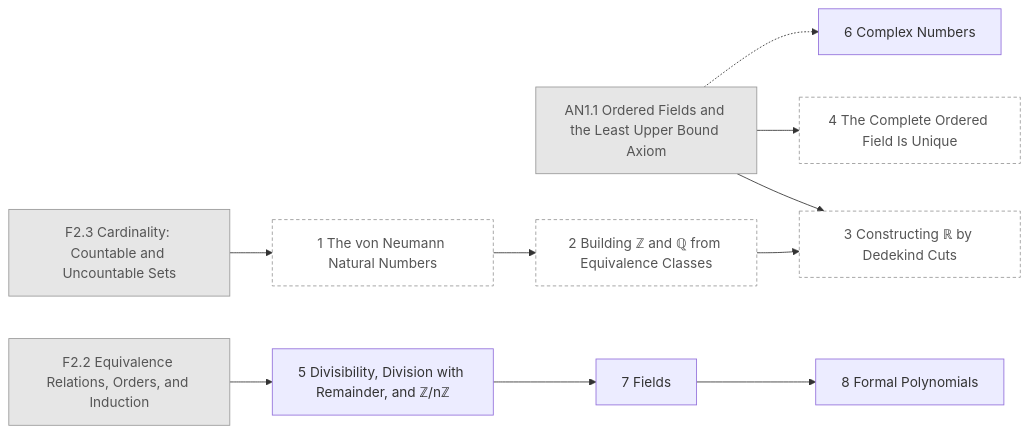
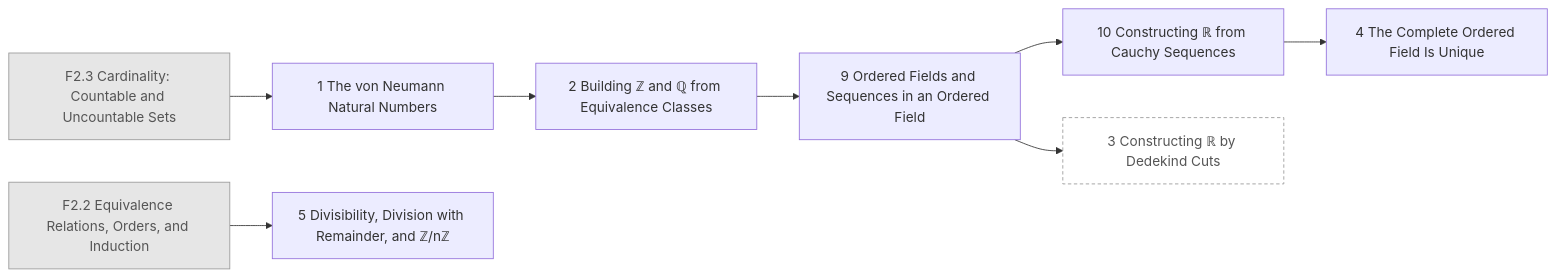
Before and after one commit to AkizumiFox/math-atlas: the diagram in generated/chapters/F3.mmd, drawn with Mermaid. The commit also changed 24 other files, not shown here.

First line of the commit message:
Series and volumes: one volume per book; Foundations ends with R built from Cauchy sequences

```diff
--- a/generated/chapters/F3.mmd
+++ b/generated/chapters/F3.mmd
@@ -1,24 +1,20 @@
 flowchart LR
   F2_2["F2.2 Equivalence Relations, Orders, and Induction"]:::ext
   F2_3["F2.3 Cardinality: Countable and Uncountable Sets"]:::ext
-  AN1_1["AN1.1 Ordered Fields and the Least Upper Bound Axiom"]:::ext
-  F3_1["1 The von Neumann Natural Numbers"]:::opt
-  F3_2["2 Building ℤ and ℚ from Equivalence Classes"]:::opt
+  F3_1["1 The von Neumann Natural Numbers"]
+  F3_2["2 Building ℤ and ℚ from Equivalence Classes"]
+  F3_5["5 Divisibility, Division with Remainder, and ℤ/nℤ"]
+  F3_9["9 Ordered Fields and Sequences in an Ordered Field"]
+  F3_10["10 Constructing ℝ from Cauchy Sequences"]
+  F3_4["4 The Complete Ordered Field Is Unique"]
   F3_3["3 Constructing ℝ by Dedekind Cuts"]:::opt
-  F3_4["4 The Complete Ordered Field Is Unique"]:::opt
-  F3_5["5 Divisibility, Division with Remainder, and ℤ/nℤ"]
-  F3_6["6 Complex Numbers"]
-  F3_7["7 Fields"]
-  F3_8["8 Formal Polynomials"]
   F2_3 --> F3_1
   F3_1 --> F3_2
-  AN1_1 --> F3_3
-  F3_2 --> F3_3
-  AN1_1 --> F3_4
   F2_2 --> F3_5
-  AN1_1 -.-> F3_6
-  F3_5 --> F3_7
-  F3_7 --> F3_8
+  F3_2 --> F3_9
+  F3_9 --> F3_10
+  F3_10 --> F3_4
+  F3_9 --> F3_3
   classDef ext fill:#e6e6e6,stroke:#999,color:#555
   classDef opt fill:#fff,stroke:#999,stroke-dasharray:4 3,color:#555
   classDef segb fill:#f6f6fb,stroke:#99a,color:#333
```
